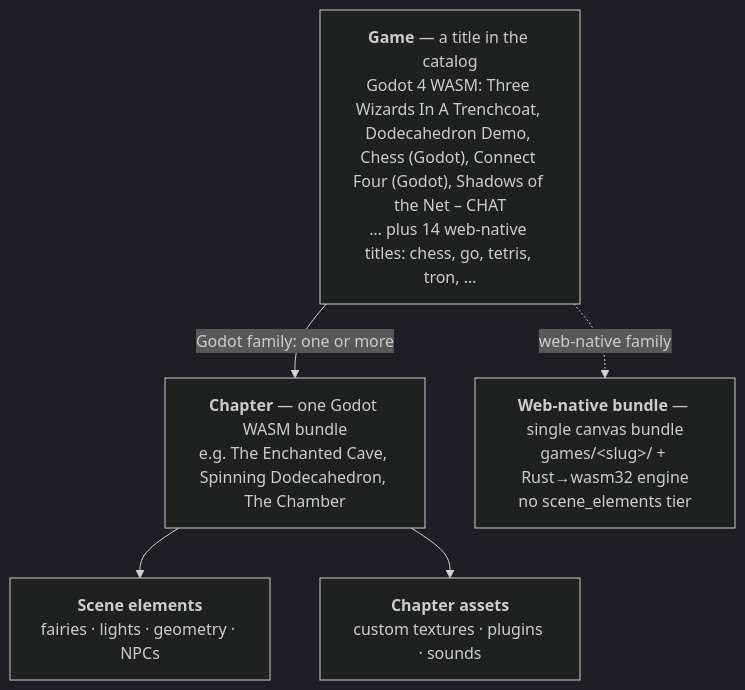
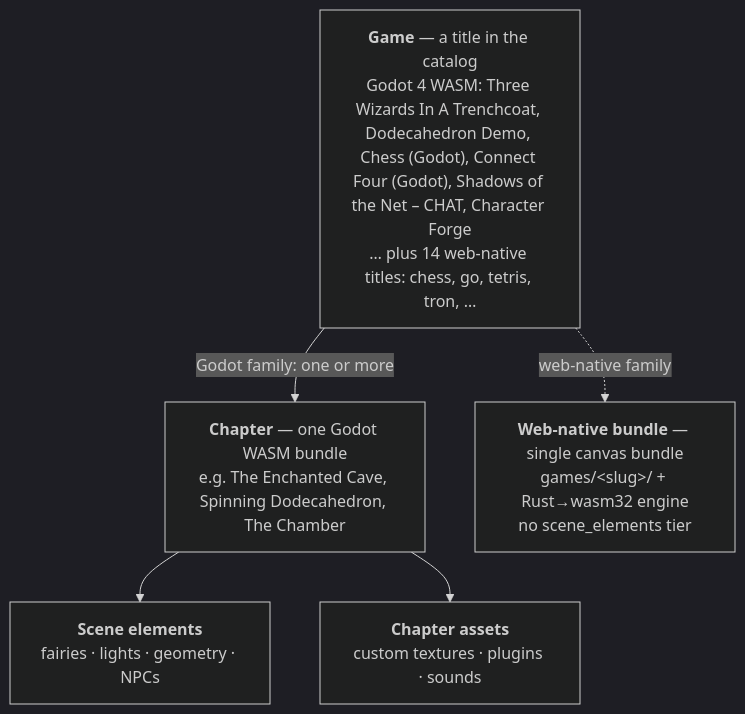
One commit to hugmesh/hugmesh-games changed the second of 48 diagrams in README.md. Above: the diagram before and after it, drawn with Mermaid (dark theme). The commit also changed other lines of this file, not shown here.

First line of the commit message:
docs(readme): correct the catalog, input gates, tests, routes and build facts

````diff
--- a/README.md
+++ b/README.md
@@ -216,12 +217,12 @@
 ```mermaid
 flowchart TB
-    Game["<b>Game</b> — a title in the catalog<br/>Godot 4 WASM: Three Wizards In A Trenchcoat, Dodecahedron Demo, Chess (Godot), Connect Four (Godot), Shadows of the Net – CHAT<br/>… plus 14 web-native titles: chess, go, tetris, tron, …"]
+    Game["<b>Game</b> — a title in the catalog<br/>Godot 4 WASM: Three Wizards In A Trenchcoat, Dodecahedron Demo, Chess (Godot), Connect Four (Godot), Shadows of the Net – CHAT, Character Forge<br/>… plus 14 web-native titles: chess, go, tetris, tron, …"]
     Chapter["<b>Chapter</b> — one Godot WASM bundle<br/>e.g. The Enchanted Cave, Spinning Dodecahedron, The Chamber"]
     Scene["<b>Scene elements</b><br/>fairies · lights · geometry · NPCs"]
     Assets["<b>Chapter assets</b><br/>custom textures · plugins · sounds"]
     WebNative["<b>Web-native bundle</b> — single canvas bundle<br/>games/&lt;slug&gt;/ + Rust→wasm32 engine<br/>no scene_elements tier"]
     Game -->|"Godot family: one or more"| Chapter
     Chapter --> Scene
     Chapter --> Assets
     Game -.->|"web-native family"| WebNative
 ```
````
